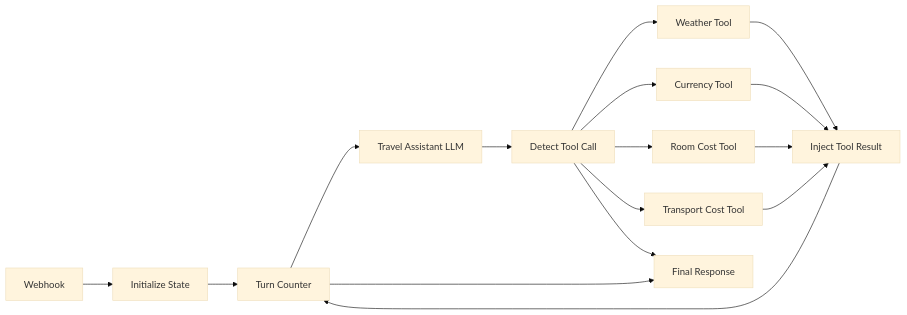
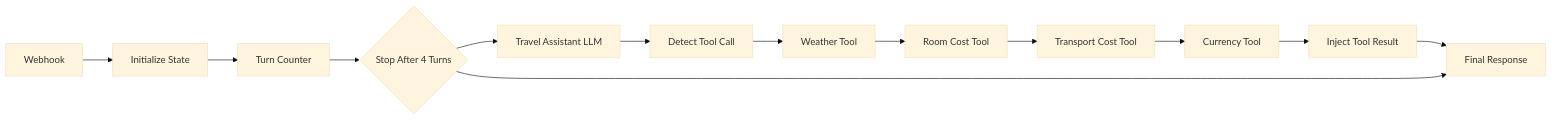
One commit to abdullahfawadd/agentic-ai-tool-use-pattern changed the second of 2 diagrams in README.md. Above: the diagram before and after it, drawn with Mermaid (base theme). The commit also changed other lines of this file and 1 other file, not shown here.

Commit message:
Make n8n workflow non-recursive

````diff
--- a/README.md
+++ b/README.md
@@ -96,18 +96,15 @@
 ```mermaid
 flowchart LR
     W[Webhook] --> S[Initialize State]
     S --> T[Turn Counter]
-    T --> L[Travel Assistant LLM]
+    T --> X{Stop After 4 Turns}
+    X --> L[Travel Assistant LLM]
     L --> D[Detect Tool Call]
     D --> WT[Weather Tool]
-    D --> CT[Currency Tool]
-    D --> RC[Room Cost Tool]
-    D --> TC[Transport Cost Tool]
-    WT --> I[Inject Tool Result]
-    CT --> I
-    RC --> I
-    TC --> I
-    I --> T
-    D --> F[Final Response]
-    T --> F
+    WT --> RC[Room Cost Tool]
+    RC --> TC[Transport Cost Tool]
+    TC --> CT[Currency Tool]
+    CT --> I[Inject Tool Result]
+    I --> F[Final Response]
+    X --> F
 ```
````
